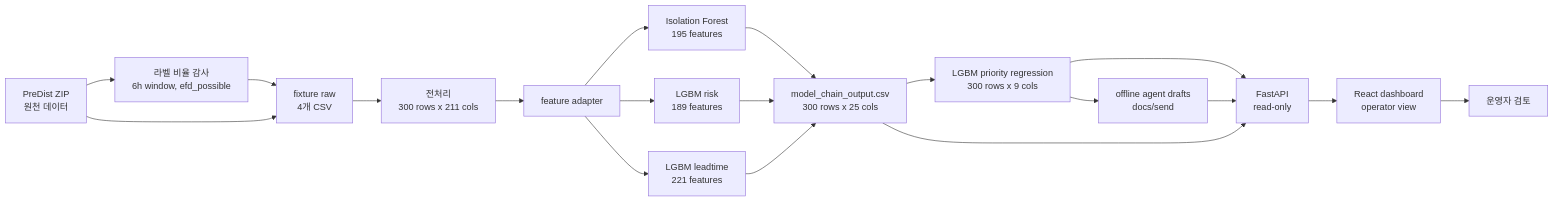
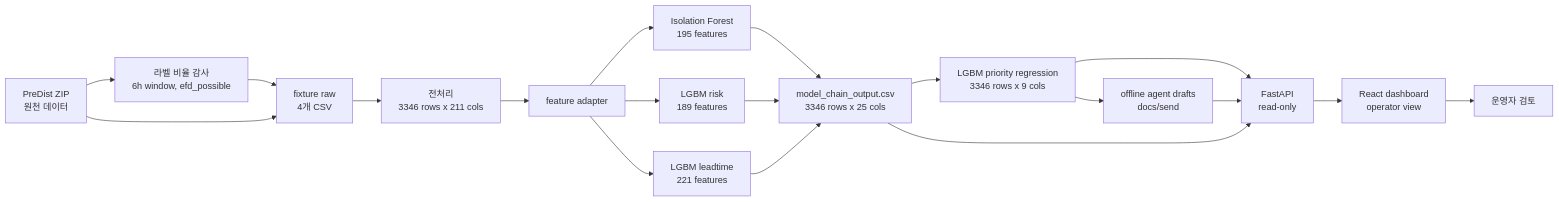
Before and after one commit to jiyang-lee/Heat_Grid_Agent: the first of 2 diagrams in docs/report/proto/README.md, drawn with Mermaid. The commit also changed other lines of this file and 32 other files, not shown here.

Commit message:
feat(priority): full PreDist 기반 우선순위 회귀 재학습

````diff
--- a/docs/report/proto/README.md
+++ b/docs/report/proto/README.md
@@ -9,21 +9,21 @@
 ```mermaid
 flowchart LR
   ZIP["PreDist ZIP<br/>원천 데이터"] --> AUDIT["라벨 비율 감사<br/>6h window, efd_possible"]
   ZIP --> RAW["fixture raw<br/>4개 CSV"]
   AUDIT --> RAW
-  RAW --> PRE["전처리<br/>300 rows x 211 cols"]
+  RAW --> PRE["전처리<br/>3346 rows x 211 cols"]
   PRE --> ADAPT["feature adapter"]
   ADAPT --> IF["Isolation Forest<br/>195 features"]
   ADAPT --> RISK["LGBM risk<br/>189 features"]
   ADAPT --> LEAD["LGBM leadtime<br/>221 features"]
-  IF --> CHAIN["model_chain_output.csv<br/>300 rows x 25 cols"]
+  IF --> CHAIN["model_chain_output.csv<br/>3346 rows x 25 cols"]
   RISK --> CHAIN
   LEAD --> CHAIN
-  CHAIN --> PRIORITY["LGBM priority regression<br/>300 rows x 9 cols"]
+  CHAIN --> PRIORITY["LGBM priority regression<br/>3346 rows x 9 cols"]
   PRIORITY --> API["FastAPI<br/>read-only"]
   CHAIN --> API
   API --> FE["React dashboard<br/>operator view"]
   PRIORITY --> AGENT["offline agent drafts<br/>docs/send"]
   AGENT --> API
   FE --> REVIEW["운영자 검토"]
 ```
````
